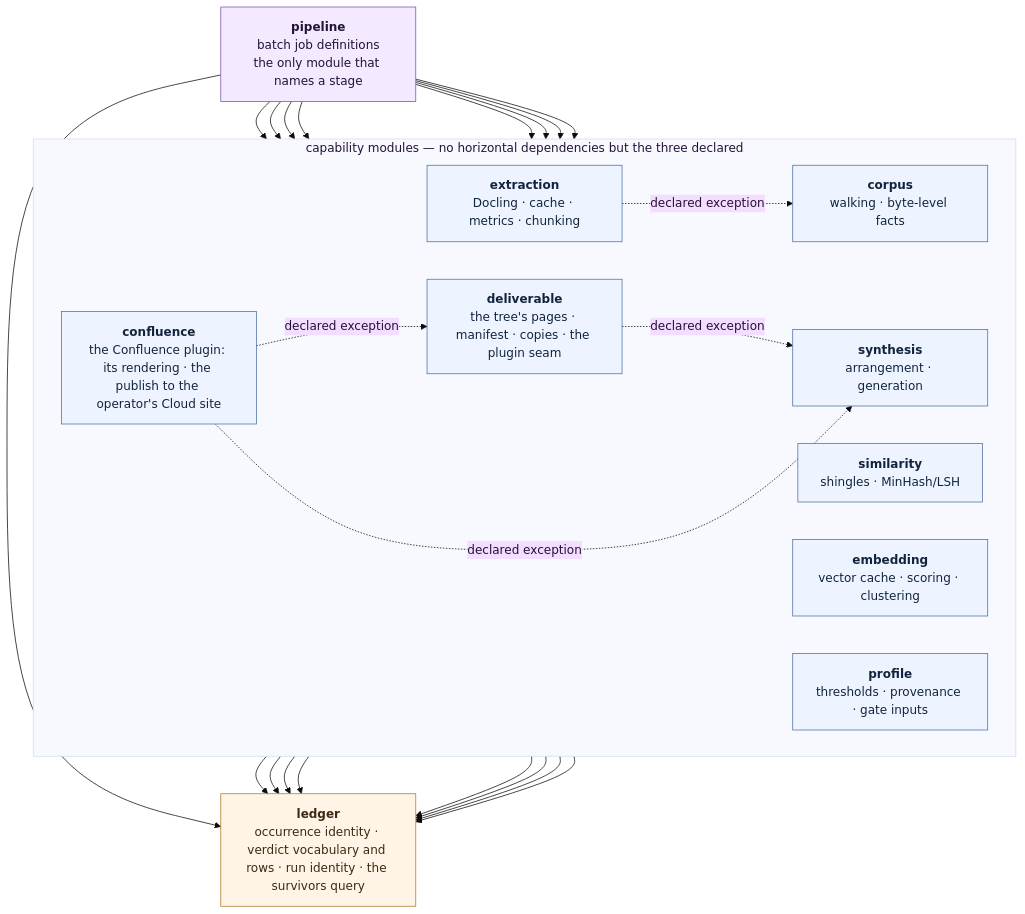
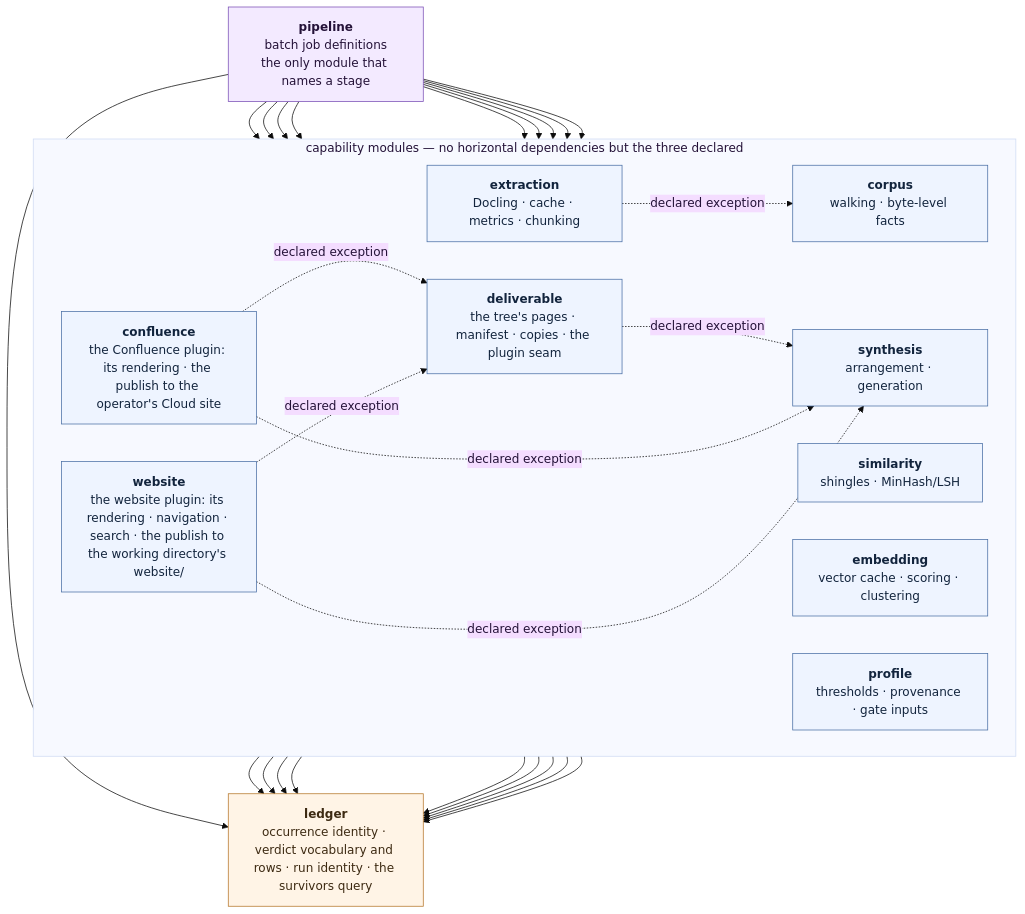
Before and after one commit to algernon28/vespera: the fourth of 6 diagrams in docs/architecture.md, drawn with Mermaid (base theme). The commit also changed other lines of this file and 56 other files, not shown here.

First line of the commit message:
The website is a plugin drawn at stage 6b, and vespera publish --to names its destinations (ADR-333 step 2, ADR-339) (#701)

````diff
--- a/docs/architecture.md
+++ b/docs/architecture.md
@@ -190,48 +191,53 @@
 ```mermaid
 flowchart TD
     PIPELINE["<b>pipeline</b><br/>batch job definitions<br/>the only module that names a stage"]
 
     subgraph CAPABILITIES["capability modules — no horizontal dependencies but the three declared"]
         direction LR
         CORPUS["<b>corpus</b><br/>walking · byte-level facts"]
         EXTRACTION["<b>extraction</b><br/>Docling · cache · metrics · chunking"]
         SIMILARITY["<b>similarity</b><br/>shingles · MinHash/LSH"]
         EMBEDDING["<b>embedding</b><br/>vector cache · scoring · clustering"]
         SYNTHESIS["<b>synthesis</b><br/>arrangement · generation"]
         PROFILE["<b>profile</b><br/>thresholds · provenance · gate inputs"]
         DELIVERABLE["<b>deliverable</b><br/>the tree's pages · manifest · copies · the plugin seam"]
         CONFLUENCE["<b>confluence</b><br/>the Confluence plugin: its rendering · the publish to the operator's Cloud site"]
+        WEBSITE["<b>website</b><br/>the website plugin: its rendering · navigation · search · the publish to the working directory's website/"]
     end
 
     LEDGER["<b>ledger</b><br/>occurrence identity · verdict vocabulary and rows · run identity · the survivors query"]
 
     PIPELINE --> CORPUS
     PIPELINE --> EXTRACTION
     PIPELINE --> SIMILARITY
     PIPELINE --> EMBEDDING
     PIPELINE --> SYNTHESIS
     PIPELINE --> PROFILE
     PIPELINE --> DELIVERABLE
     PIPELINE --> CONFLUENCE
+    PIPELINE --> WEBSITE
     PIPELINE --> LEDGER
 
     CORPUS --> LEDGER
     EXTRACTION --> LEDGER
     SIMILARITY --> LEDGER
     EMBEDDING --> LEDGER
     SYNTHESIS --> LEDGER
     PROFILE --> LEDGER
     DELIVERABLE --> LEDGER
     CONFLUENCE --> LEDGER
+    WEBSITE --> LEDGER
     DELIVERABLE -. declared exception .-> SYNTHESIS
     CONFLUENCE -. declared exception .-> DELIVERABLE
     CONFLUENCE -. declared exception .-> SYNTHESIS
+    WEBSITE -. declared exception .-> DELIVERABLE
+    WEBSITE -. declared exception .-> SYNTHESIS
     EXTRACTION -. declared exception .-> CORPUS
 
     classDef root fill:#f3eaff,stroke:#7a4fb5,color:#241238
     classDef cap fill:#eef4ff,stroke:#4a6fa5,color:#12243d
     classDef core fill:#fff4e6,stroke:#b5762a,color:#3d2a12
     class PIPELINE root
-    class CORPUS,EXTRACTION,SIMILARITY,EMBEDDING,SYNTHESIS,PROFILE,DELIVERABLE,CONFLUENCE cap
+    class CORPUS,EXTRACTION,SIMILARITY,EMBEDDING,SYNTHESIS,PROFILE,DELIVERABLE,CONFLUENCE,WEBSITE cap
     class LEDGER core
 ```
````
